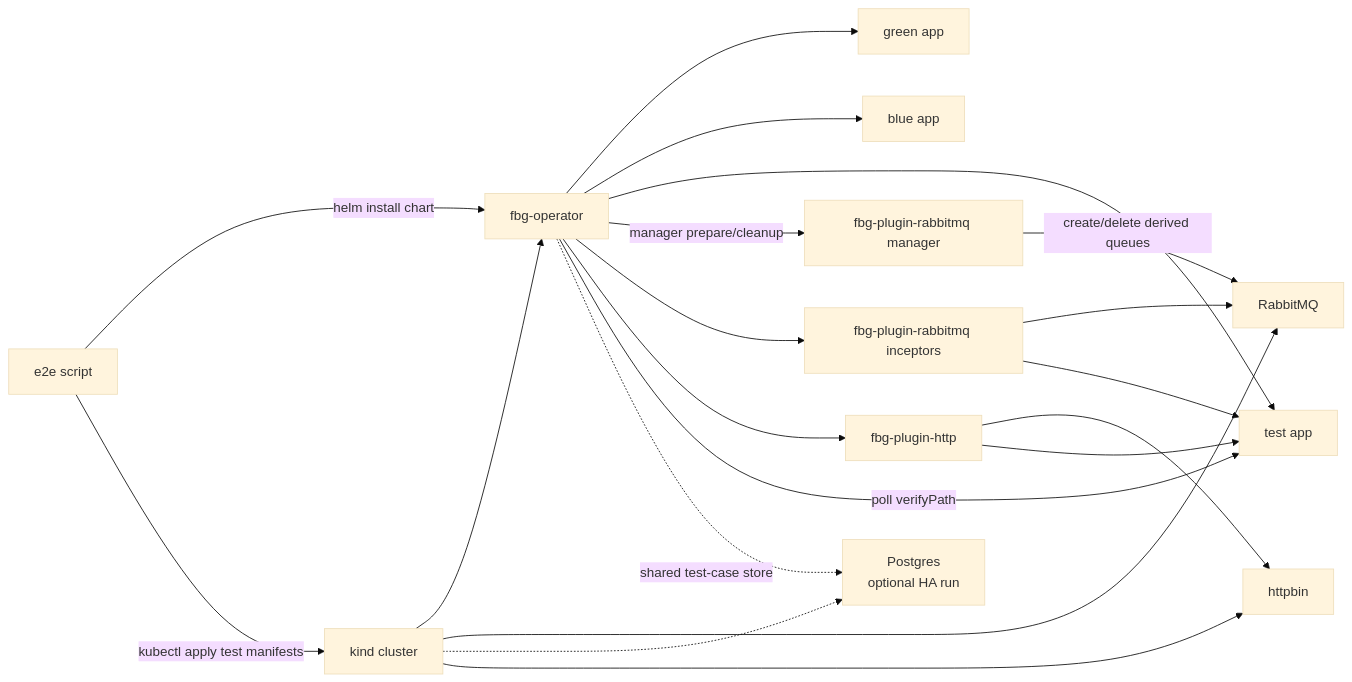
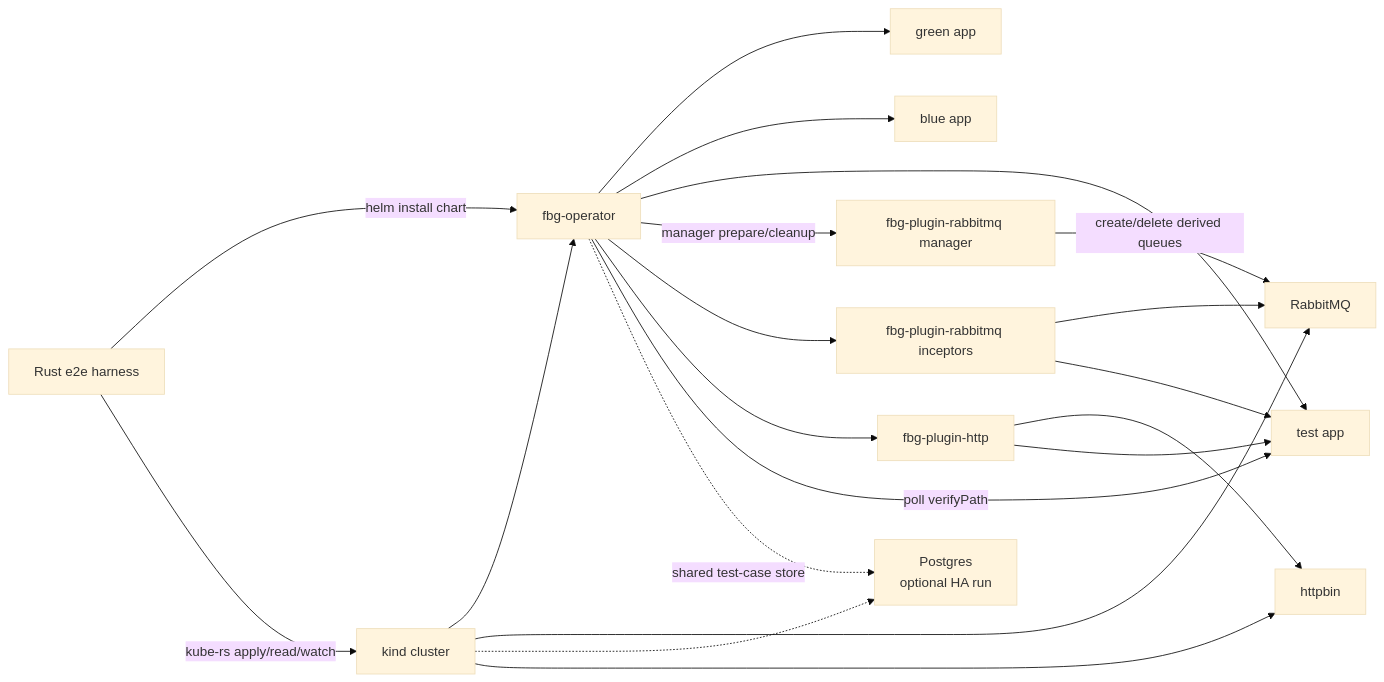
Before and after one commit to dlahmad/fluidbgoperator: the second of 3 diagrams in docs/testing/e2e.md, drawn with Mermaid (base theme). The commit also changed other lines of this file and 21 other files, not shown here.

Commit message:
Convert e2e suite to Rust harness

````diff
--- a/docs/testing/e2e.md
+++ b/docs/testing/e2e.md
@@ -84,35 +85,35 @@
 ```mermaid
 flowchart LR
-    TEST["e2e script"]
+    TEST["Rust e2e harness"]
     K8S["kind cluster"]
     OP["fbg-operator"]
     RAB["RabbitMQ"]
     PG["Postgres<br/>optional HA run"]
     HTTPBIN["httpbin"]
     GREEN["green app"]
     BLUE["blue app"]
     TC["test app"]
     RM["fbg-plugin-rabbitmq manager"]
     RP["fbg-plugin-rabbitmq inceptors"]
     HP["fbg-plugin-http"]
 
     TEST -->|"helm install chart"| OP
-    TEST -->|"kubectl apply test manifests"| K8S
+    TEST -->|"kube-rs apply/read/watch"| K8S
     K8S --> OP
     K8S --> RAB
     K8S -.-> PG
     K8S --> HTTPBIN
     OP --> GREEN
     OP --> BLUE
     OP --> TC
     OP -->|"manager prepare/cleanup"| RM
     OP --> RP
     OP --> HP
     RM -->|"create/delete derived queues"| RAB
     RP --> RAB
     HP --> HTTPBIN
     RP --> TC
     HP --> TC
     OP -->|"poll verifyPath"| TC
     OP -.->|"shared test-case store"| PG
 ```
````
